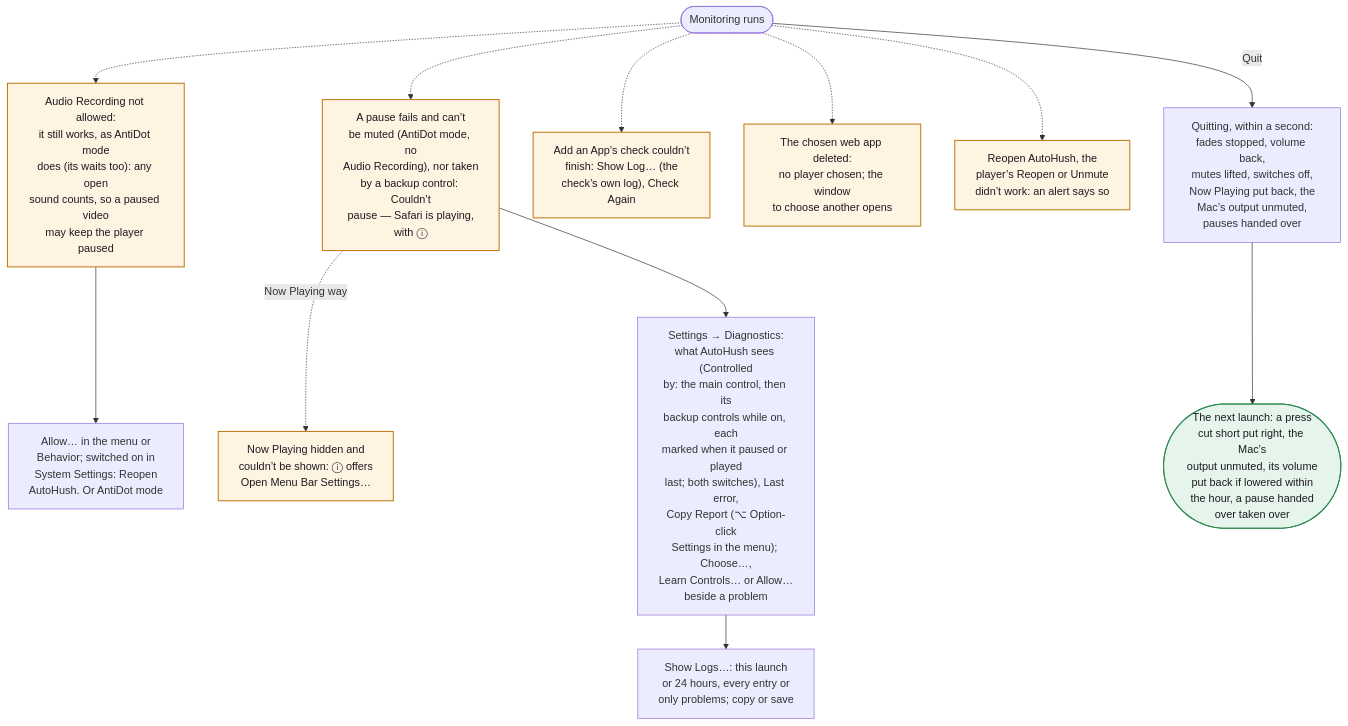
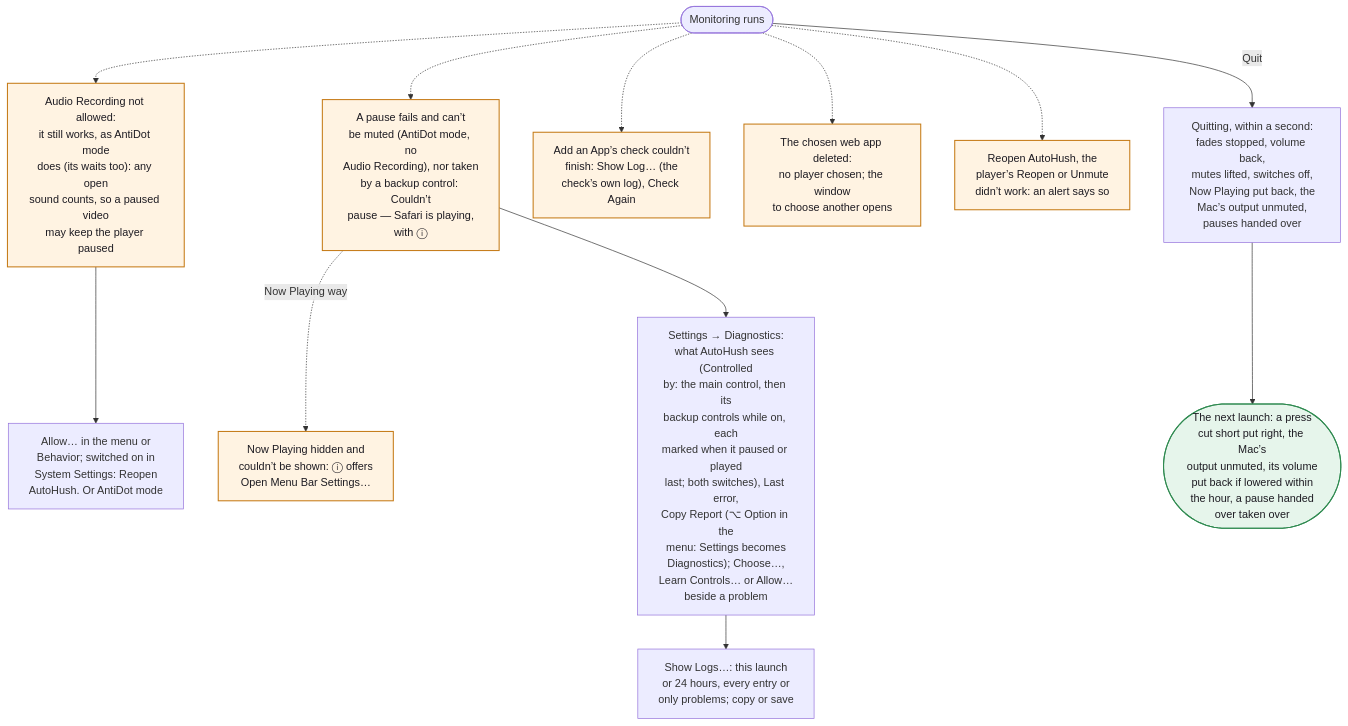
Diagram 14 of 14 in WORKFLOWS.md (hfustercabre/AutoHush), drawn with Mermaid before and after one commit. The commit also changed 82 other files, not shown here.

````diff
--- a/WORKFLOWS.md
+++ b/WORKFLOWS.md
@@ -790,29 +790,29 @@
 ```mermaid
 flowchart TD
   R(["Monitoring runs"])
   AUD["Audio Recording not allowed:<br/>it still works, as AntiDot mode<br/>does (its waits too): any open<br/>sound counts, so a paused video<br/>may keep the player paused"]
   AUDF["Allow… in the menu or<br/>Behavior; switched on in<br/>System Settings: Reopen<br/>AutoHush. Or AntiDot mode"]
   PF["A pause fails and can’t<br/>be muted (AntiDot mode, no<br/>Audio Recording), nor taken<br/>by a backup control: Couldn’t<br/>pause — Safari is playing,<br/>with ⓘ"]
   NPH["Now Playing hidden and<br/>couldn’t be shown: ⓘ offers<br/>Open Menu Bar Settings…"]
-  DIAG["Settings → Diagnostics:<br/>what AutoHush sees (Controlled<br/>by: the main control, then its<br/>backup controls while on, each<br/>marked when it paused or played<br/>last; both switches), Last error,<br/>Copy Report (⌥ Option-click<br/>Settings in the menu); Choose…,<br/>Learn Controls… or Allow…<br/>beside a problem"]
+  DIAG["Settings → Diagnostics:<br/>what AutoHush sees (Controlled<br/>by: the main control, then its<br/>backup controls while on, each<br/>marked when it paused or played<br/>last; both switches), Last error,<br/>Copy Report (⌥ Option in the<br/>menu: Settings becomes<br/>Diagnostics); Choose…,<br/>Learn Controls… or Allow…<br/>beside a problem"]
   LOGS["Show Logs…: this launch<br/>or 24 hours, every entry or<br/>only problems; copy or save"]
   CHK["Add an App’s check couldn’t<br/>finish: Show Log… (the<br/>check’s own log), Check Again"]
   DEL["The chosen web app deleted:<br/>no player chosen; the window<br/>to choose another opens"]
   FAILS["Reopen AutoHush, the<br/>player’s Reopen or Unmute<br/>didn’t work: an alert says so"]
   QUIT["Quitting, within a second:<br/>fades stopped, volume back,<br/>mutes lifted, switches off,<br/>Now Playing put back, the<br/>Mac’s output unmuted,<br/>pauses handed over"]
   NEXT(["The next launch: a press<br/>cut short put right, the Mac’s<br/>output unmuted, its volume<br/>put back if lowered within<br/>the hour, a pause handed<br/>over taken over"])
 
   R -.-> AUD --> AUDF
   R -.-> PF
   PF -.->|"Now Playing way"| NPH
   PF --> DIAG --> LOGS
   R -.-> CHK
   R -.-> DEL
   R -.-> FAILS
   R -->|"Quit"| QUIT --> NEXT
 
   class AUD,PF,NPH,CHK,DEL,FAILS warn
   class NEXT done
   classDef warn fill:#fff3e2,stroke:#c47812,stroke-width:1.5px,color:#1d1b22
   classDef done fill:#e6f5eb,stroke:#2f8a50,stroke-width:1.5px,color:#1d1b22
 ```
````
